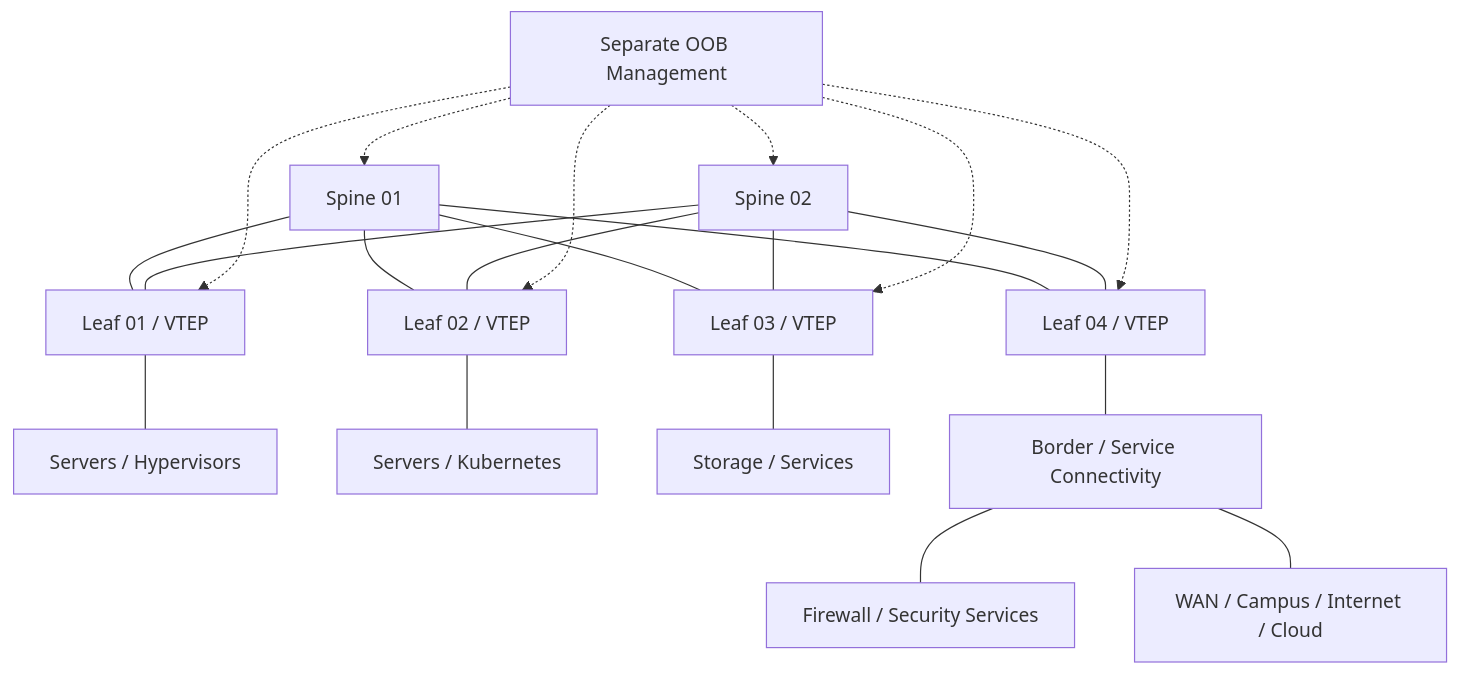
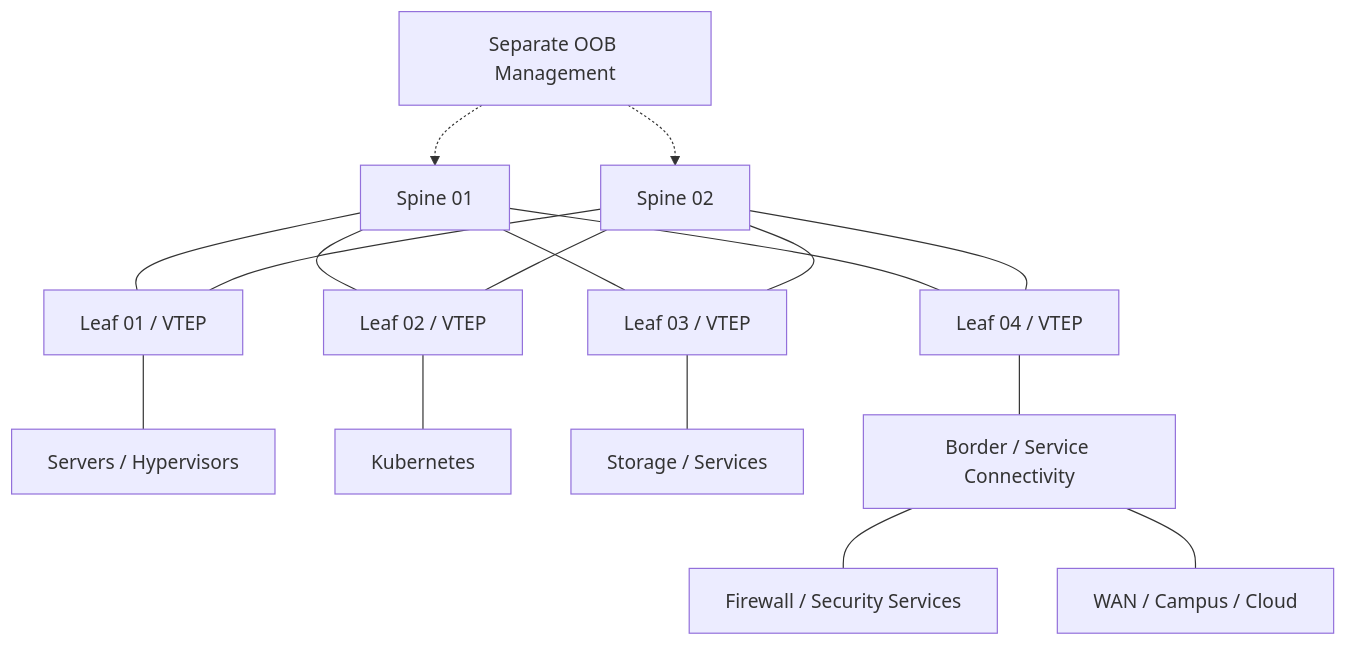
One commit to DeeSanas/datacenter-evpn-vxlan-architecture changed the diagram in README.md. Above: the diagram before and after it, drawn with Mermaid. The commit also changed other lines of this file, not shown here.

````diff
--- a/README.md
+++ b/README.md
@@ -29,26 +27,20 @@
 ```mermaid
 flowchart TB
   SP1[Spine 01] --- L1[Leaf 01 / VTEP]
   SP1 --- L2[Leaf 02 / VTEP]
   SP1 --- L3[Leaf 03 / VTEP]
   SP1 --- L4[Leaf 04 / VTEP]
   SP2[Spine 02] --- L1
   SP2 --- L2
   SP2 --- L3
   SP2 --- L4
 
   L1 --- S1[Servers / Hypervisors]
-  L2 --- S2[Servers / Kubernetes]
+  L2 --- S2[Kubernetes]
   L3 --- S3[Storage / Services]
   L4 --- BORDER[Border / Service Connectivity]
-
   BORDER --- FW[Firewall / Security Services]
-  BORDER --- WAN[WAN / Campus / Internet / Cloud]
-
+  BORDER --- WAN[WAN / Campus / Cloud]
   OOB[Separate OOB Management] -.-> SP1
   OOB -.-> SP2
-  OOB -.-> L1
-  OOB -.-> L2
-  OOB -.-> L3
-  OOB -.-> L4
 ```
````
